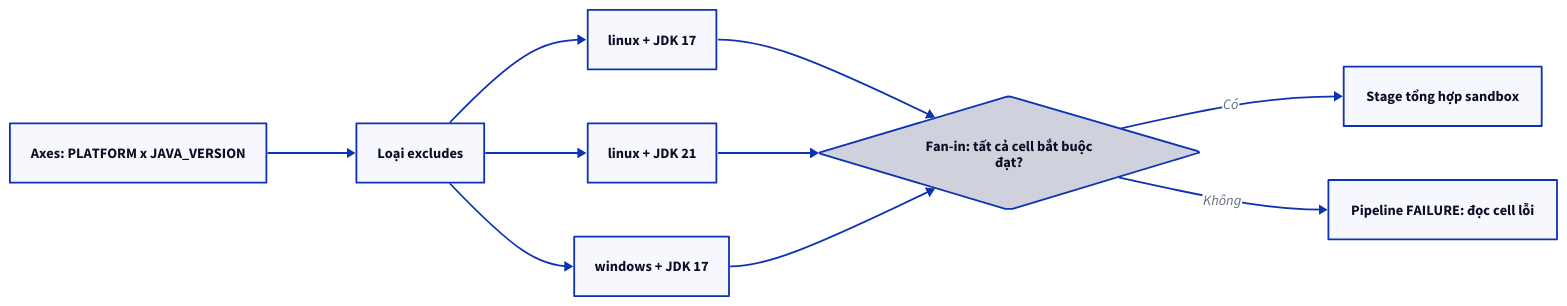
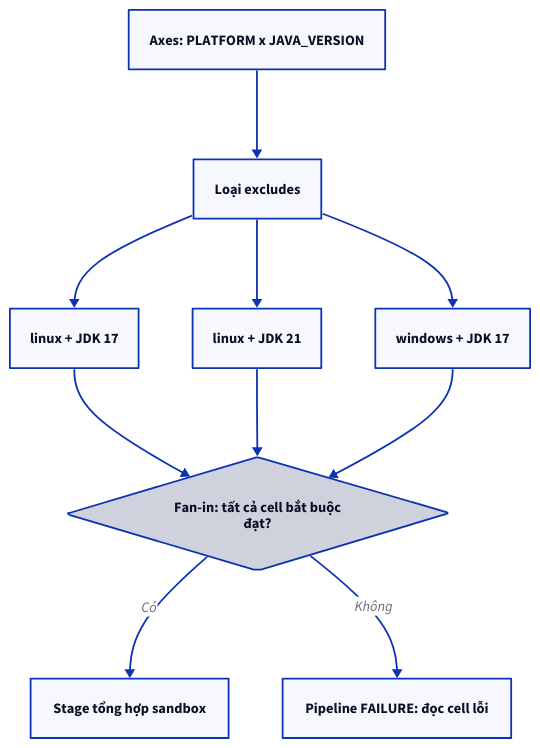
One commit to vanhiep99w/jenkins-learn changed the diagram in content/docs/pipelines/matrix.mdx. Above: the diagram before and after it, drawn with D2. The commit also changed 62 other files, not shown here.

Commit message:
fix: improve diagram layouts and inline readability

````diff
--- a/content/docs/pipelines/matrix.mdx
+++ b/content/docs/pipelines/matrix.mdx
@@ -103,23 +103,23 @@
-```d2 title="Fan-out, fan-in và giới hạn combination"
-direction: right
+```d2 title="Fan-out, fan-in và giới hạn combination" layout=tala
+direction: down
 A: "Axes: PLATFORM x JAVA_VERSION"
 B: "Loại excludes"
 C: "linux + JDK 17"
 D: "linux + JDK 21"
 E: "windows + JDK 17"
 F: "Fan-in: tất cả cell bắt buộc\nđạt?" {
   shape: diamond
 }
 G: "Stage tổng hợp sandbox"
 H: "Pipeline FAILURE: đọc cell lỗi"
 
 A -> B
 B -> C
 B -> D
 B -> E
 C -> F
 D -> F
 E -> F
 F -> G: "Có"
 F -> H: "Không"
 ```
````
